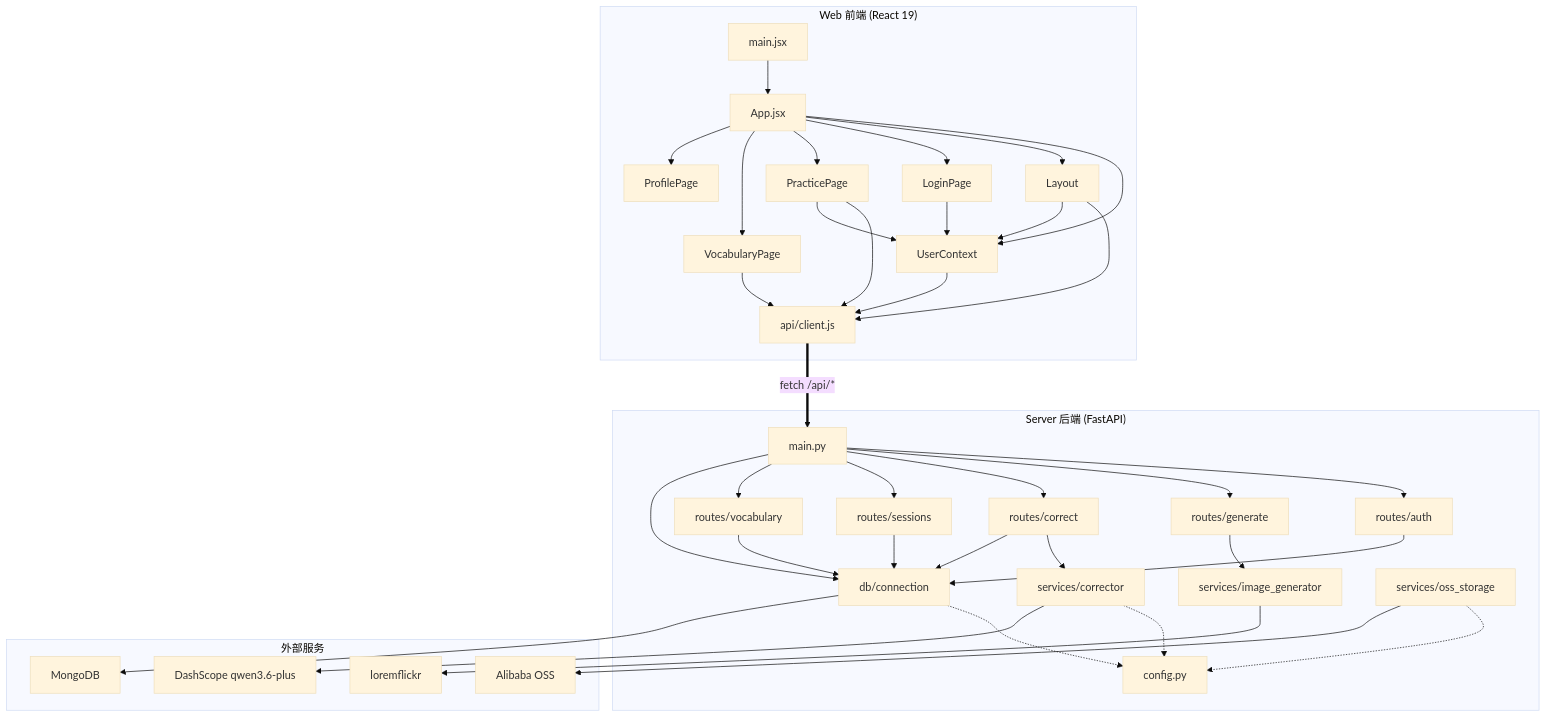
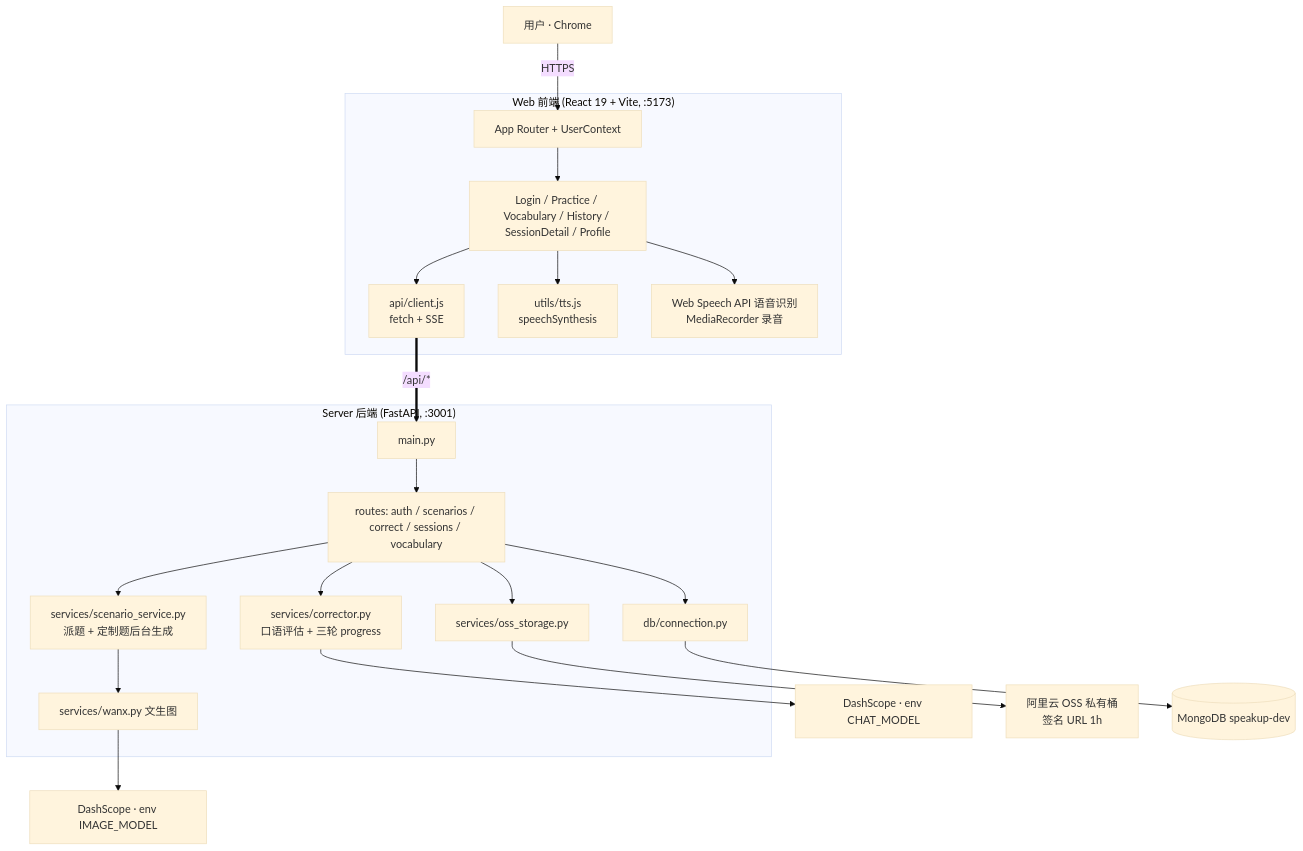
Before and after one commit to makewheels/speakup: the first of 2 diagrams in docs/README.md, drawn with Mermaid (base theme). The commit also changed other lines of this file and 1 other file, not shown here.

Commit message:
chore: 删除仓库内二进制图片，架构图改 mermaid

````diff
--- a/docs/README.md
+++ b/docs/README.md
@@ -9,48 +7,27 @@
 ```mermaid
 graph TB
-    subgraph "Web 前端 (React 19)"
-        main.jsx --> App.jsx
-        App.jsx --> UserContext
-        App.jsx --> Layout
-        App.jsx --> LoginPage
-        App.jsx --> PracticePage
-        App.jsx --> VocabularyPage
-        App.jsx --> ProfilePage
-        PracticePage --> api/client.js
-        VocabularyPage --> api/client.js
-        Layout --> api/client.js
-        LoginPage --> UserContext
-        PracticePage --> UserContext
-        Layout --> UserContext
-        UserContext --> api/client.js
+    User[用户 · Chrome] -->|HTTPS| Web
+
+    subgraph "Web 前端 (React 19 + Vite, :5173)"
+        Web[App Router + UserContext] --> Pages[Login / Practice / Vocabulary / History / SessionDetail / Profile]
+        Pages --> Client[api/client.js<br/>fetch + SSE]
+        Pages --> TTS[utils/tts.js<br/>speechSynthesis]
+        Pages --> SR[Web Speech API 语音识别<br/>MediaRecorder 录音]
     end
 
-    subgraph "Server 后端 (FastAPI)"
-        main.py --> routes/auth
-        main.py --> routes/generate
-        main.py --> routes/correct
-        main.py --> routes/sessions
-        main.py --> routes/vocabulary
-        main.py --> db/connection
+    Client ==>|/api/*| API
 
-        routes/correct --> services/corrector
-        routes/generate --> services/image_generator
-        routes/auth --> db/connection
-        routes/correct --> db/connection
-        routes/sessions --> db/connection
-        routes/vocabulary --> db/connection
-
-        services/corrector -.-> config.py
-        services/oss_storage -.-> config.py
-        db/connection -.-> config.py
+    subgraph "Server 后端 (FastAPI, :3001)"
+        API[main.py] --> R[routes: auth / scenarios / correct / sessions / vocabulary]
+        R --> Corrector[services/corrector.py<br/>口语评估 + 三轮 progress]
+        R --> Scen[services/scenario_service.py<br/>派题 + 定制题后台生成]
+        Scen --> Wanx[services/wanx.py 文生图]
+        R --> OSS[services/oss_storage.py]
+        R --> DB[db/connection.py]
     end
 
-    subgraph "外部服务"
-        services/corrector --> DashScope[DashScope qwen3.6-plus]
-        services/image_generator --> loremflickr
-        services/oss_storage --> AliyunOSS[Alibaba OSS]
-        db/connection --> MongoDB
-    end
-
-    api/client.js ==>|fetch /api/*| main.py
+    Corrector --> Qwen[DashScope · env CHAT_MODEL]
+    Wanx --> Wan[DashScope · env IMAGE_MODEL]
+    OSS --> Aliyun[阿里云 OSS 私有桶<br/>签名 URL 1h]
+    DB --> Mongo[(MongoDB speakup-dev)]
 ```
````
